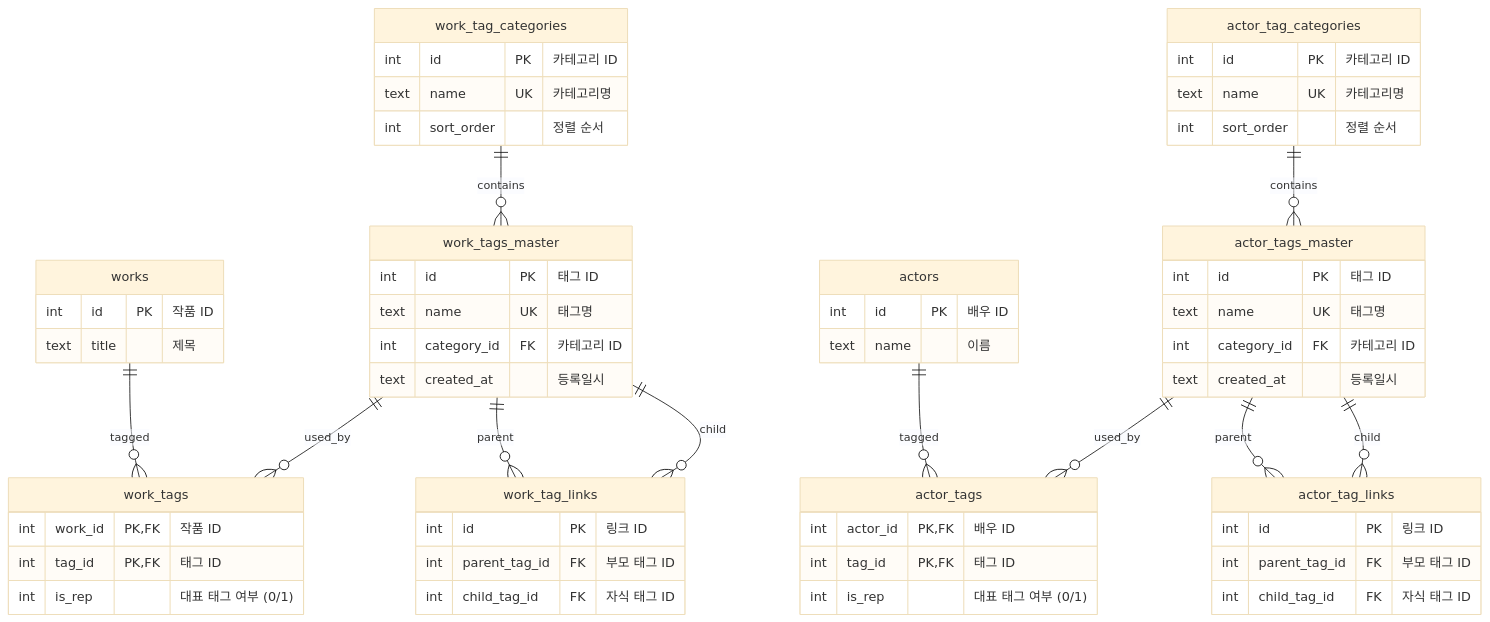
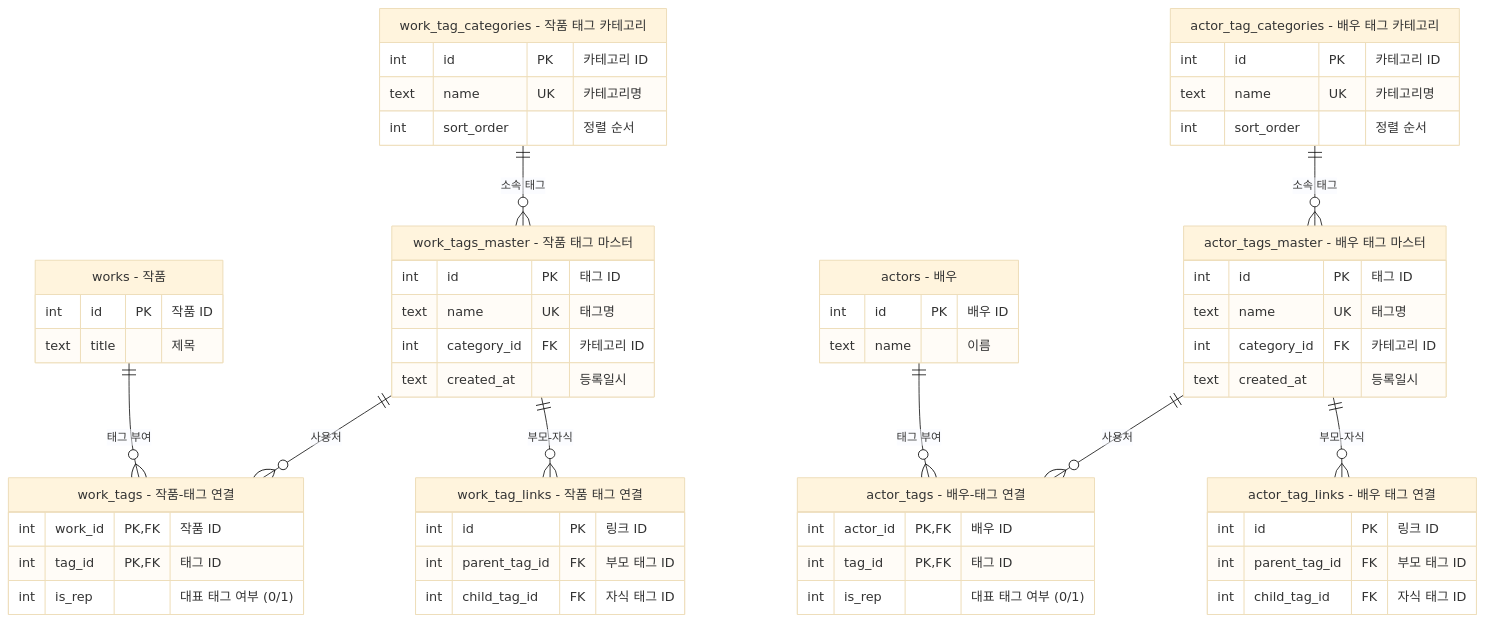
One commit to swimbird84/amng changed the diagram in erd/tags.md. Above: the diagram before and after it, drawn with Mermaid (base theme). The commit also changed 5 other files, not shown here.

Commit message:
docs: ERD 테이블/관계 한글 설명 추가 및 overview 추가

````diff
--- a/erd/tags.md
+++ b/erd/tags.md
@@ -3,64 +3,62 @@
 ```mermaid
 erDiagram
-    work_tag_categories {
+    work_tag_categories["work_tag_categories - 작품 태그 카테고리"] {
         int id PK "카테고리 ID"
         text name UK "카테고리명"
         int sort_order "정렬 순서"
     }
-    actor_tag_categories {
+    actor_tag_categories["actor_tag_categories - 배우 태그 카테고리"] {
         int id PK "카테고리 ID"
         text name UK "카테고리명"
         int sort_order "정렬 순서"
     }
-    work_tags_master {
+    work_tags_master["work_tags_master - 작품 태그 마스터"] {
         int id PK "태그 ID"
         text name UK "태그명"
         int category_id FK "카테고리 ID"
         text created_at "등록일시"
     }
-    actor_tags_master {
+    actor_tags_master["actor_tags_master - 배우 태그 마스터"] {
         int id PK "태그 ID"
         text name UK "태그명"
         int category_id FK "카테고리 ID"
         text created_at "등록일시"
     }
-    work_tags {
+    work_tags["work_tags - 작품-태그 연결"] {
         int work_id PK,FK "작품 ID"
         int tag_id PK,FK "태그 ID"
         int is_rep "대표 태그 여부 (0/1)"
     }
-    actor_tags {
+    actor_tags["actor_tags - 배우-태그 연결"] {
         int actor_id PK,FK "배우 ID"
         int tag_id PK,FK "태그 ID"
         int is_rep "대표 태그 여부 (0/1)"
     }
-    work_tag_links {
+    work_tag_links["work_tag_links - 작품 태그 연결"] {
         int id PK "링크 ID"
         int parent_tag_id FK "부모 태그 ID"
         int child_tag_id FK "자식 태그 ID"
     }
-    actor_tag_links {
+    actor_tag_links["actor_tag_links - 배우 태그 연결"] {
         int id PK "링크 ID"
         int parent_tag_id FK "부모 태그 ID"
         int child_tag_id FK "자식 태그 ID"
     }
-    works {
+    works["works - 작품"] {
         int id PK "작품 ID"
         text title "제목"
     }
-    actors {
+    actors["actors - 배우"] {
         int id PK "배우 ID"
         text name "이름"
     }
 
-    work_tag_categories ||--o{ work_tags_master : "contains"
-    actor_tag_categories ||--o{ actor_tags_master : "contains"
-    works ||--o{ work_tags : "tagged"
-    work_tags_master ||--o{ work_tags : "used_by"
-    actors ||--o{ actor_tags : "tagged"
-    actor_tags_master ||--o{ actor_tags : "used_by"
-    work_tags_master ||--o{ work_tag_links : "parent"
-    work_tags_master ||--o{ work_tag_links : "child"
-    actor_tags_master ||--o{ actor_tag_links : "parent"
-    actor_tags_master ||--o{ actor_tag_links : "child"
+    work_tag_categories ||--o{ work_tags_master : "소속 태그"
+    actor_tag_categories ||--o{ actor_tags_master : "소속 태그"
+    works ||--o{ work_tags : "태그 부여"
+    work_tags_master ||--o{ work_tags : "사용처"
+    actors ||--o{ actor_tags : "태그 부여"
+    actor_tags_master ||--o{ actor_tags : "사용처"
+    work_tags_master ||--o{ work_tag_links : "부모-자식"
+    actor_tags_master ||--o{ actor_tag_links : "부모-자식"
 ```
````
